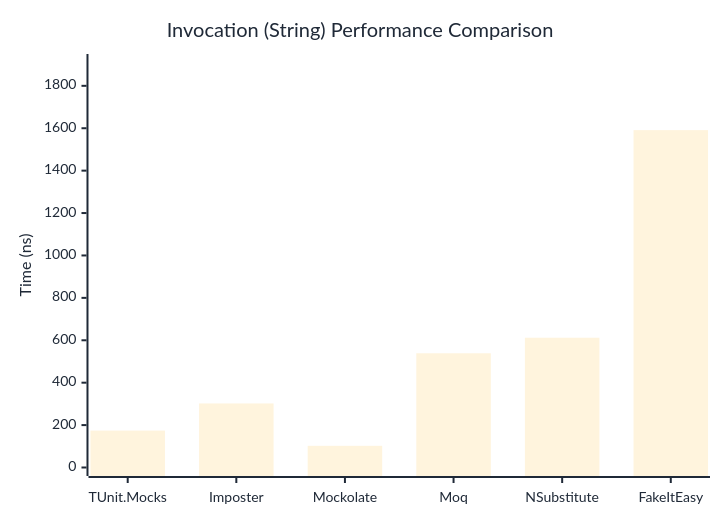
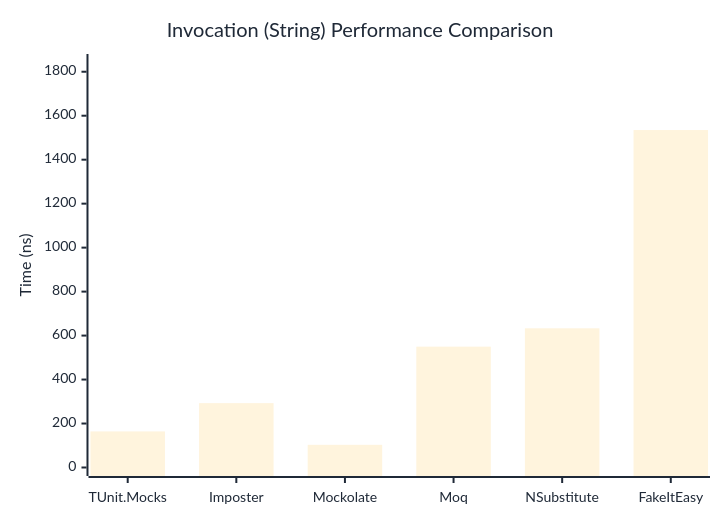
One commit to thomhurst/TUnit changed the second of 3 diagrams in docs/docs/benchmarks/mocks/Invocation.md. Above: the diagram before and after it, drawn with Mermaid. The commit also changed other lines of this file and 14 other files, not shown here.

````diff
--- a/docs/docs/benchmarks/mocks/Invocation.md
+++ b/docs/docs/benchmarks/mocks/Invocation.md
@@ -71,27 +71,27 @@
 ```mermaid
 %%{init: {
   'theme':'base',
   'themeVariables': {
     'primaryColor': '#2563eb',
     'primaryTextColor': '#1f2937',
     'primaryBorderColor': '#1e40af',
     'lineColor': '#6b7280',
     'secondaryColor': '#7c3aed',
     'tertiaryColor': '#dc2626',
     'background': '#ffffff',
     'pie1': '#2563eb',
     'pie2': '#7c3aed',
     'pie3': '#dc2626',
     'pie4': '#f59e0b',
     'pie5': '#10b981',
     'pie6': '#06b6d4',
     'pie7': '#ec4899',
     'pie8': '#6366f1'
   }
 }}%%
 xychart-beta
   title "Invocation (String) Performance Comparison"
   x-axis ["TUnit.Mocks", "Imposter", "Mockolate", "Moq", "NSubstitute", "FakeItEasy"]
-  y-axis "Time (ns)" 0 --> 1910
-  bar [174.1, 302.1, 102.2, 538.7, 612, 1591.1]
+  y-axis "Time (ns)" 0 --> 1842
+  bar [164.1, 292.8, 103.1, 549.6, 633.1, 1534.8]
 ```
````
